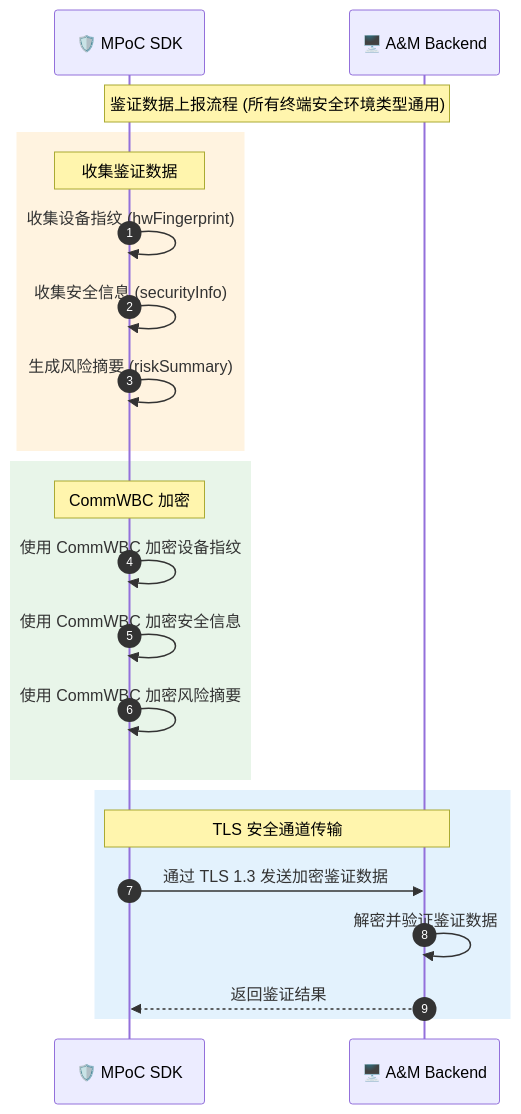
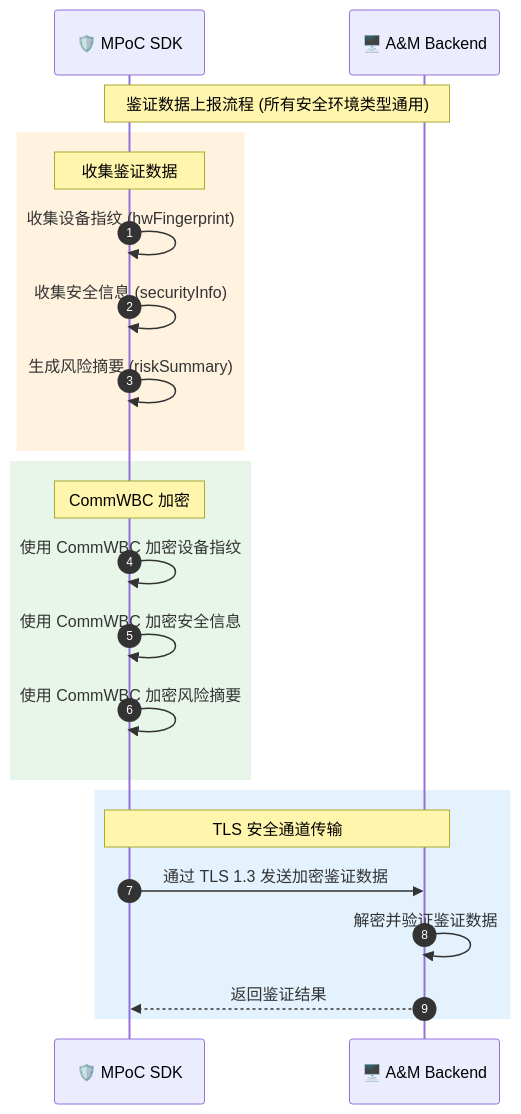
One commit to kevinwangl/sunbay-softpos-docs changed diagram 12 of 23 in solution/MPOC_SDK_API_GUIDE.md. Above: the diagram before and after it, drawn with Mermaid. The commit also changed other lines of this file, not shown here.

````diff
--- a/solution/MPOC_SDK_API_GUIDE.md
+++ b/solution/MPOC_SDK_API_GUIDE.md
@@ -830,29 +1170,29 @@
 ```mermaid
 sequenceDiagram
     autonumber
     participant SDK as 🛡️ MPoC SDK
     participant Backend as 🖥️ A&M Backend
 
-    Note over SDK,Backend: 鉴证数据上报流程 (所有终端安全环境类型通用)
+    Note over SDK,Backend: 鉴证数据上报流程 (所有安全环境类型通用)
     
     rect rgb(255, 243, 224)
         Note over SDK: 收集鉴证数据
         SDK->>SDK: 收集设备指纹 (hwFingerprint)
         SDK->>SDK: 收集安全信息 (securityInfo)
         SDK->>SDK: 生成风险摘要 (riskSummary)
     end
     
     rect rgb(232, 245, 233)
         Note over SDK: CommWBC 加密
         SDK->>SDK: 使用 CommWBC 加密设备指纹
         SDK->>SDK: 使用 CommWBC 加密安全信息
         SDK->>SDK: 使用 CommWBC 加密风险摘要
     end
     
     rect rgb(227, 242, 253)
         Note over SDK,Backend: TLS 安全通道传输
         SDK->>Backend: 通过 TLS 1.3 发送加密鉴证数据
         Backend->>Backend: 解密并验证鉴证数据
         Backend-->>SDK: 返回鉴证结果
     end
 ```
````
